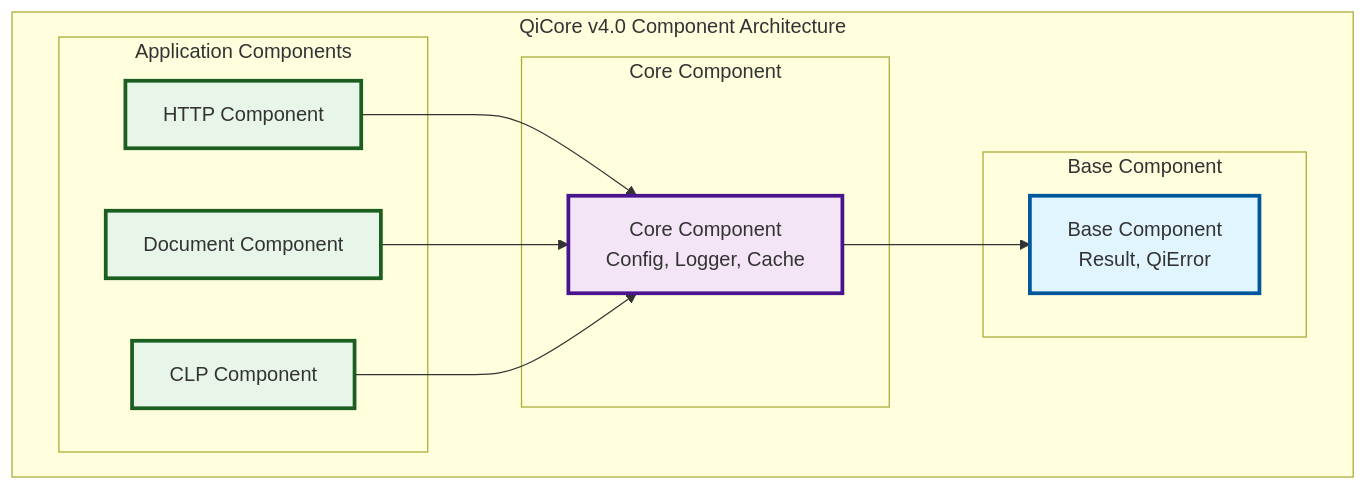
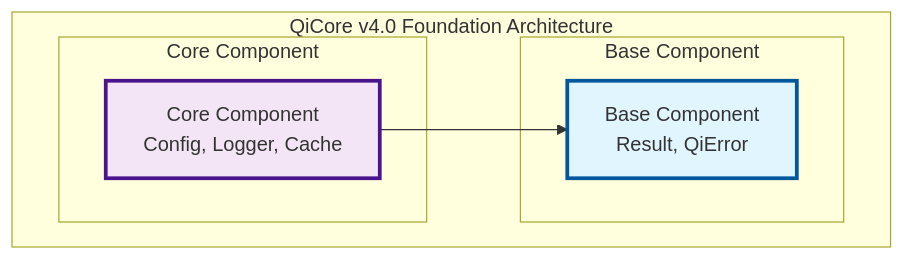
One commit to zhifengzhang-sz/qi-v2-qicore changed the diagram in docs/contracts/qi.v4.component.contracts.md. Above: the diagram before and after it, drawn with Mermaid. The commit also changed other lines of this file and 9 other files, not shown here.

First line of the commit message:
QiCore v4.0 Foundation Specification - Complete v0.1.0

````diff
--- a/docs/contracts/qi.v4.component.contracts.md
+++ b/docs/contracts/qi.v4.component.contracts.md
@@ -9,32 +9,20 @@
 ```mermaid
 graph TD
-    subgraph "QiCore v4.0 Component Architecture"
-        subgraph "Application Components"
-            HTTP[HTTP Component]
-            Document[Document Component]
-            CLP[CLP Component]
-        end
-        
+    subgraph "QiCore v4.0 Foundation Architecture"
         subgraph "Core Component"
             CoreComp[Core Component<br/>Config, Logger, Cache]
         end
         
         subgraph "Base Component"
             BaseComp[Base Component<br/>Result, QiError]
         end
         
-        HTTP --> CoreComp
-        Document --> CoreComp
-        CLP --> CoreComp
-        
         CoreComp --> BaseComp
         
-        classDef component fill:#e8f5e9,stroke:#1b5e20,stroke-width:3px
         classDef core fill:#f3e5f5,stroke:#4a148c,stroke-width:3px
         classDef base fill:#e1f5fe,stroke:#01579b,stroke-width:3px
         
-        class HTTP,Document,CLP component
         class CoreComp core
         class BaseComp base
     end
 ```
````
